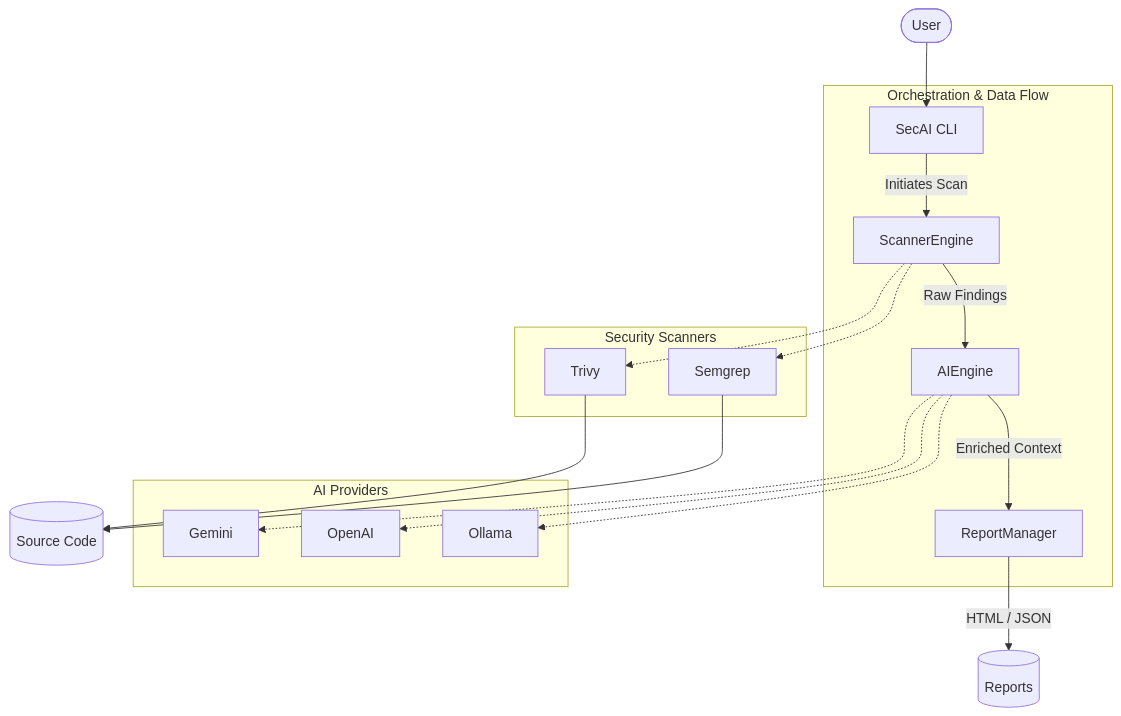
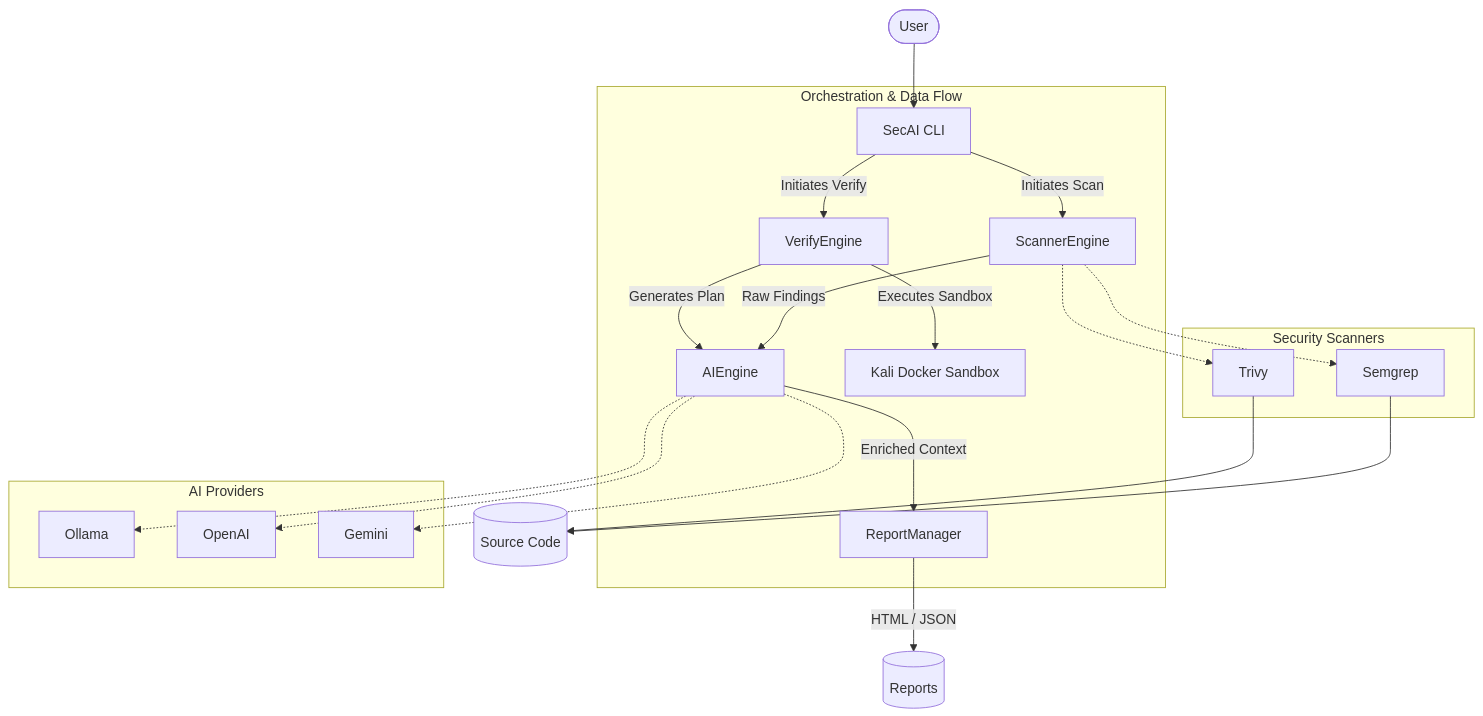
The diagram in README.md (SecAI-Cam/SecAI), drawn with Mermaid before and after one commit. The commit also changed other lines of this file, not shown here.

````diff
--- a/README.md
+++ b/README.md
@@ -56,26 +49,29 @@
 ```mermaid
 flowchart TD
     User([User]) --> SecAiCommand[SecAI CLI]
 
     subgraph "Orchestration & Data Flow"
         SecAiCommand --> |Initiates Scan| ScannerEngine
         ScannerEngine -- "Raw Findings" --> AIEngine
         AIEngine -- "Enriched Context" --> ReportManager
+        SecAiCommand --> |Initiates Verify| VerifyEngine
+        VerifyEngine -- "Generates Plan" --> AIEngine
+        VerifyEngine -- "Executes Sandbox" --> Docker[Kali Docker Sandbox]
     end
     
     subgraph "Security Scanners"
         ScannerEngine -.-> Semgrep
         ScannerEngine -.-> Trivy
     end
 
     subgraph "AI Providers"
         AIEngine -.-> Ollama
         AIEngine -.-> OpenAI
         AIEngine -.-> Gemini
     end
 
     Semgrep --> CodeBase[(Source Code)]
     Trivy --> CodeBase
 
     ReportManager -- "HTML / JSON" --> Output[(Reports)]
 ```
````
